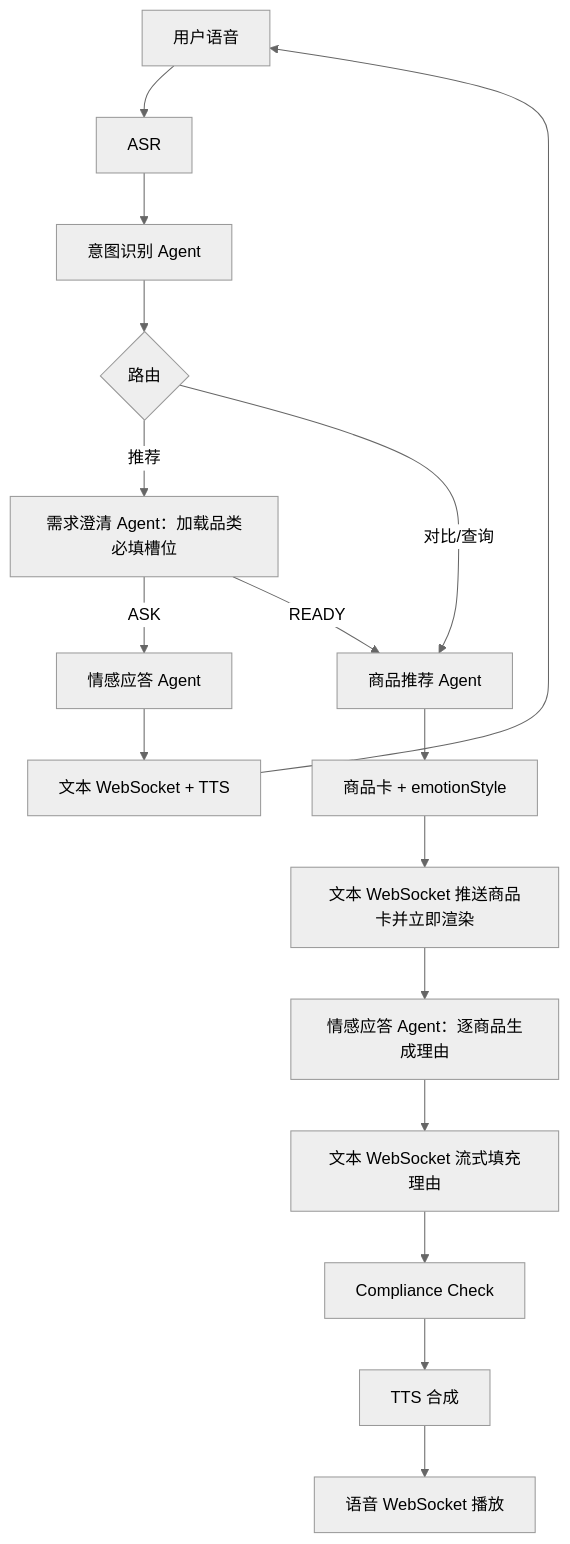
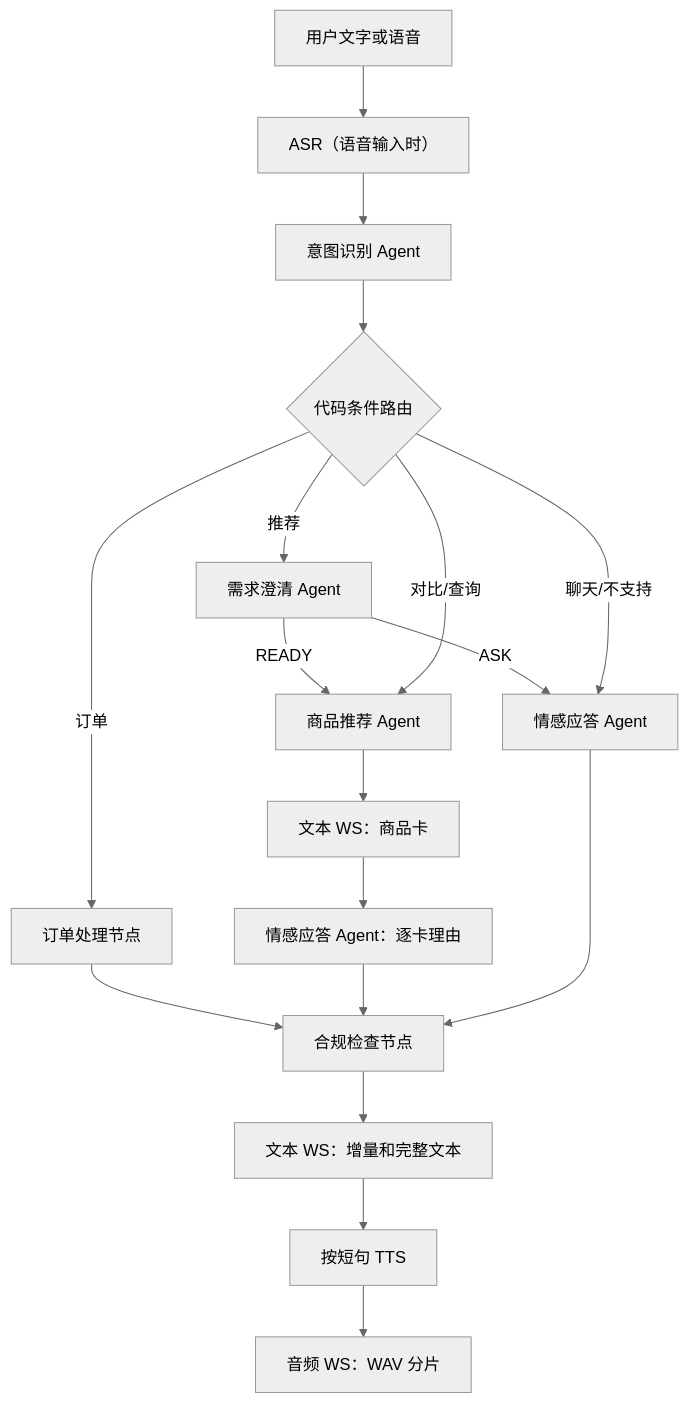
Before and after one commit to ivaris03/voice-shopping-agents: the diagram in docs/requirements.md, drawn with Mermaid (neutral theme). The commit also changed other lines of this file and 2 other files, not shown here.

````diff
--- a/docs/requirements.md
+++ b/docs/requirements.md
@@ -67,19 +105,20 @@
 ```mermaid
 flowchart TD
-    A["用户语音"] --> B["ASR"]
+    A["用户文字或语音"] --> B["ASR（语音输入时）"]
     B --> C["意图识别 Agent"]
-    C --> D{"路由"}
-    D -->|推荐| E["需求澄清 Agent：加载品类必填槽位"]
-    E -->|ASK| F["情感应答 Agent"]
-    F --> G["文本 WebSocket + TTS"]
-    G --> A
-    E -->|READY| H["商品推荐 Agent"]
-    D -->|对比/查询| H
-    H --> I["商品卡 + emotionStyle"]
-    I --> J["文本 WebSocket 推送商品卡并立即渲染"]
-    J --> K["情感应答 Agent：逐商品生成理由"]
-    K --> L["文本 WebSocket 流式填充理由"]
-    L --> M["Compliance Check"]
-    M --> N["TTS 合成"]
-    N --> O["语音 WebSocket 播放"]
+    C --> D{"代码条件路由"}
+    D -->|推荐| E["需求澄清 Agent"]
+    E -->|ASK| H["情感应答 Agent"]
+    E -->|READY| F["商品推荐 Agent"]
+    D -->|对比/查询| F
+    D -->|订单| G["订单处理节点"]
+    D -->|聊天/不支持| H
+    F --> I["文本 WS：商品卡"]
+    I --> J["情感应答 Agent：逐卡理由"]
+    G --> K["合规检查节点"]
+    J --> K
+    H --> K
+    K --> L["文本 WS：增量和完整文本"]
+    L --> M["按短句 TTS"]
+    M --> N["音频 WS：WAV 分片"]
 ```
````
